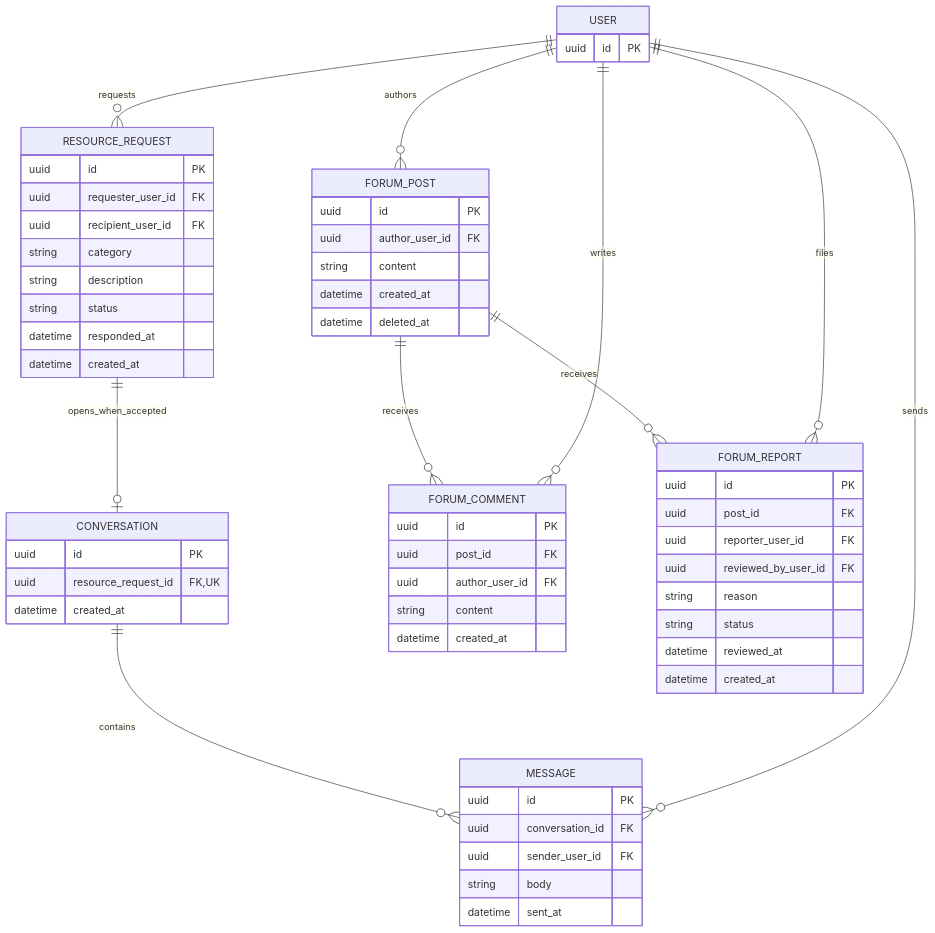
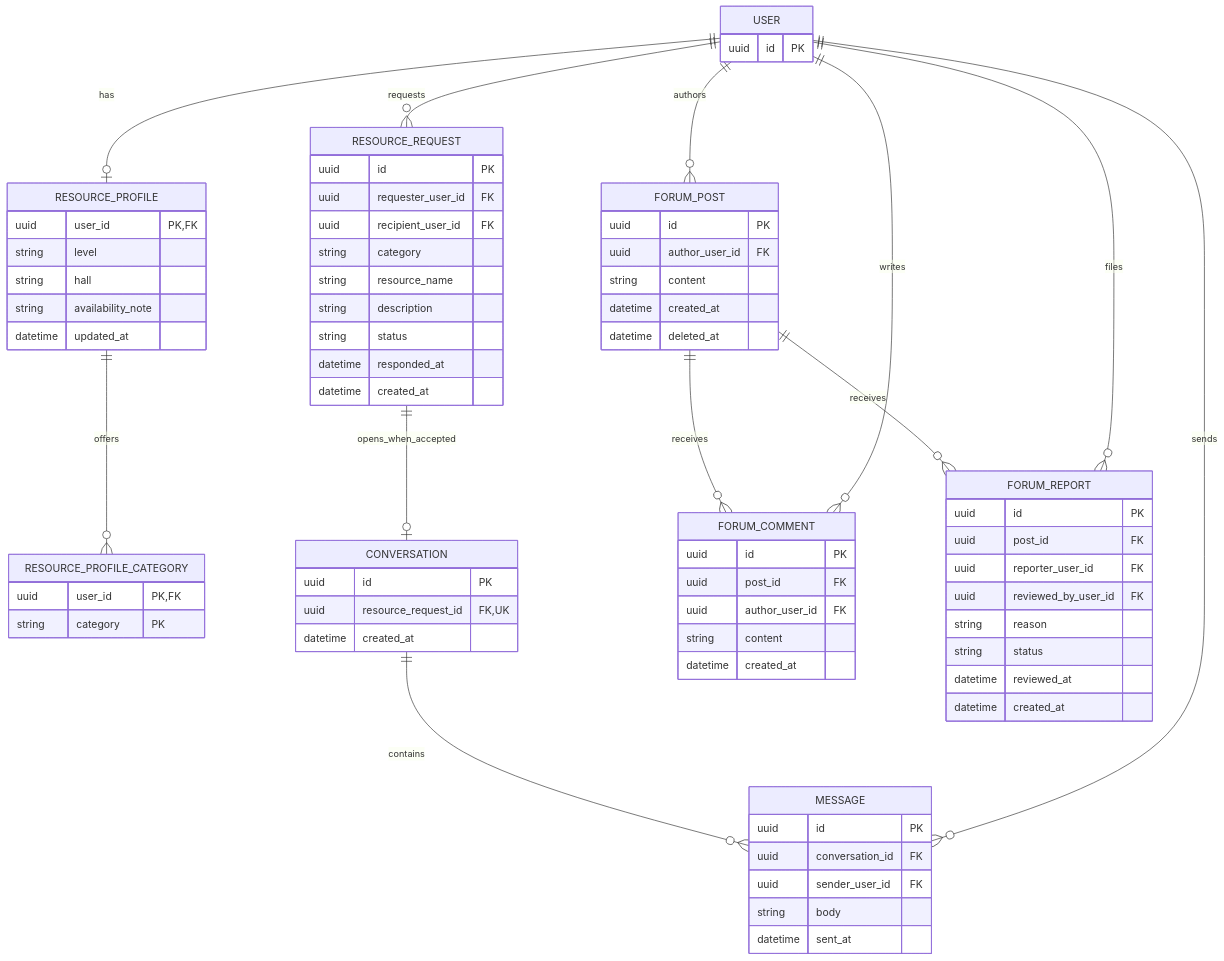
Before and after one commit to anindya357/UniCircle: the third of 4 diagrams in docs/design/ERD.md, drawn with Mermaid. The commit also changed other lines of this file and 12 other files, not shown here.

Commit message:
Add UniCircle architecture and workflow design diagrams

````diff
--- a/docs/design/ERD.md
+++ b/docs/design/ERD.md
@@ -213,62 +245,76 @@
 ```mermaid
 erDiagram
+    USER ||--o| RESOURCE_PROFILE : has
+    RESOURCE_PROFILE ||--o{ RESOURCE_PROFILE_CATEGORY : offers
     USER ||--o{ RESOURCE_REQUEST : requests
     RESOURCE_REQUEST ||--o| CONVERSATION : opens_when_accepted
     CONVERSATION ||--o{ MESSAGE : contains
     USER ||--o{ MESSAGE : sends
     USER ||--o{ FORUM_POST : authors
     FORUM_POST ||--o{ FORUM_COMMENT : receives
     USER ||--o{ FORUM_COMMENT : writes
     FORUM_POST ||--o{ FORUM_REPORT : receives
     USER ||--o{ FORUM_REPORT : files
 
     USER {
         uuid id PK
     }
+    RESOURCE_PROFILE {
+        uuid user_id PK, FK
+        string level
+        string hall
+        string availability_note
+        datetime updated_at
+    }
+    RESOURCE_PROFILE_CATEGORY {
+        uuid user_id PK, FK
+        string category PK
+    }
     RESOURCE_REQUEST {
         uuid id PK
         uuid requester_user_id FK
         uuid recipient_user_id FK
         string category
+        string resource_name
         string description
         string status
         datetime responded_at
         datetime created_at
     }
     CONVERSATION {
         uuid id PK
         uuid resource_request_id FK, UK
         datetime created_at
     }
     MESSAGE {
         uuid id PK
         uuid conversation_id FK
         uuid sender_user_id FK
         string body
         datetime sent_at
     }
     FORUM_POST {
         uuid id PK
         uuid author_user_id FK
         string content
         datetime created_at
         datetime deleted_at
     }
     FORUM_COMMENT {
         uuid id PK
         uuid post_id FK
         uuid author_user_id FK
         string content
         datetime created_at
     }
     FORUM_REPORT {
         uuid id PK
         uuid post_id FK
         uuid reporter_user_id FK
         uuid reviewed_by_user_id FK
         string reason
         string status
         datetime reviewed_at
         datetime created_at
     }
 ```
````
